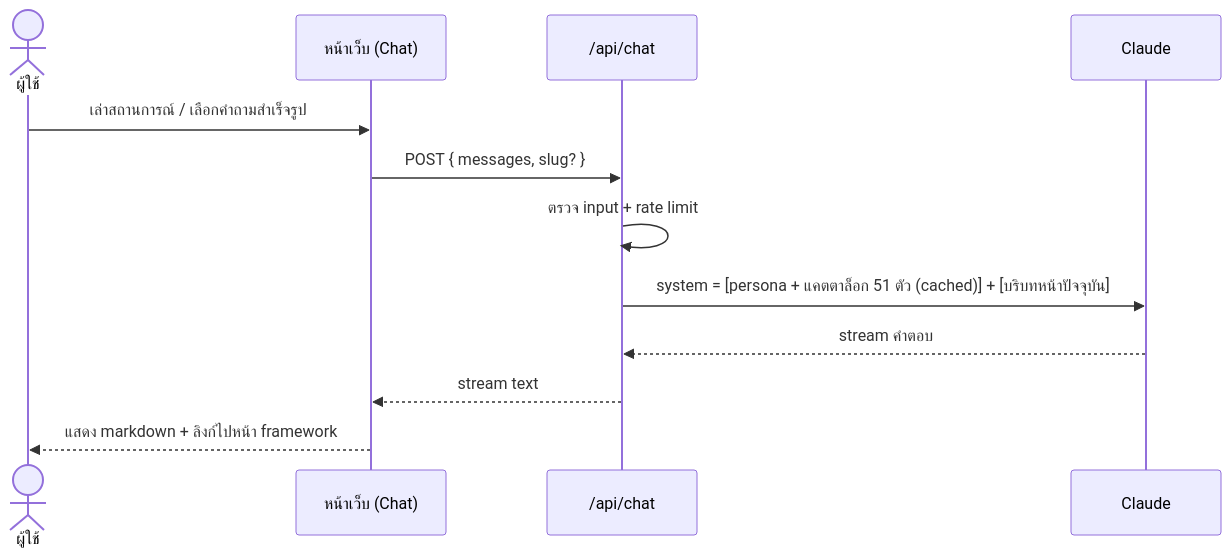
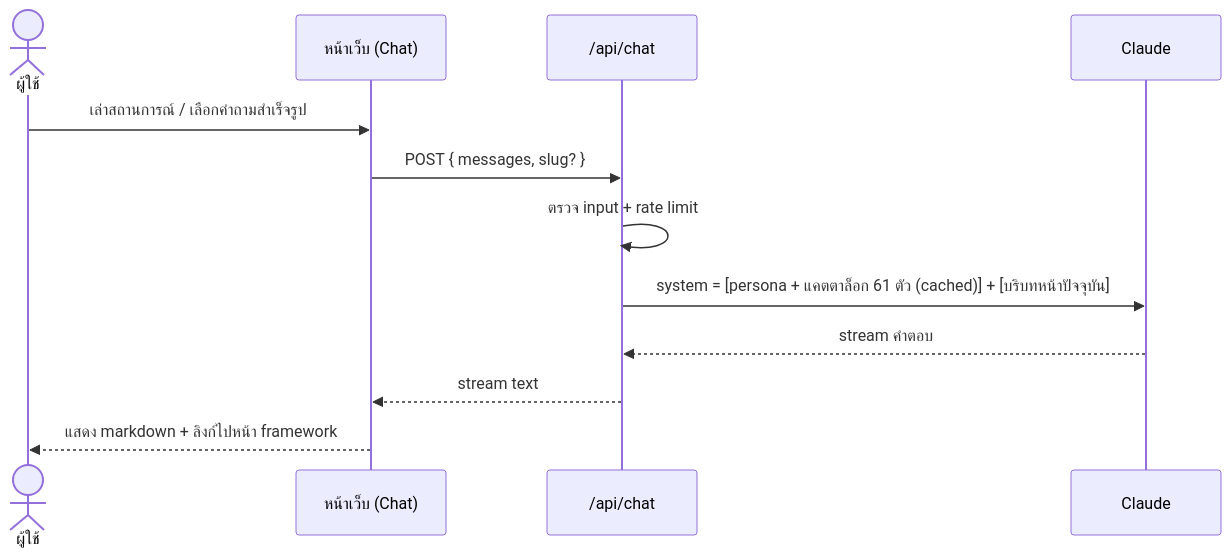
The first of 2 diagrams in README.md (ppongsakorn/management-framework), drawn with Mermaid before and after one commit. The commit also changed other lines of this file and 9 other files, not shown here.

````diff
--- a/README.md
+++ b/README.md
@@ -197,15 +207,15 @@
 ```mermaid
 sequenceDiagram
     actor U as ผู้ใช้
     participant W as หน้าเว็บ (Chat)
     participant A as /api/chat
     participant C as Claude
 
     U->>W: เล่าสถานการณ์ / เลือกคำถามสำเร็จรูป
     W->>A: POST { messages, slug? }
     A->>A: ตรวจ input + rate limit
-    A->>C: system = [persona + แคตตาล็อก 51 ตัว (cached)] + [บริบทหน้าปัจจุบัน]
+    A->>C: system = [persona + แคตตาล็อก 61 ตัว (cached)] + [บริบทหน้าปัจจุบัน]
     C-->>A: stream คำตอบ
     A-->>W: stream text
     W-->>U: แสดง markdown + ลิงก์ไปหน้า framework
 ```
````
